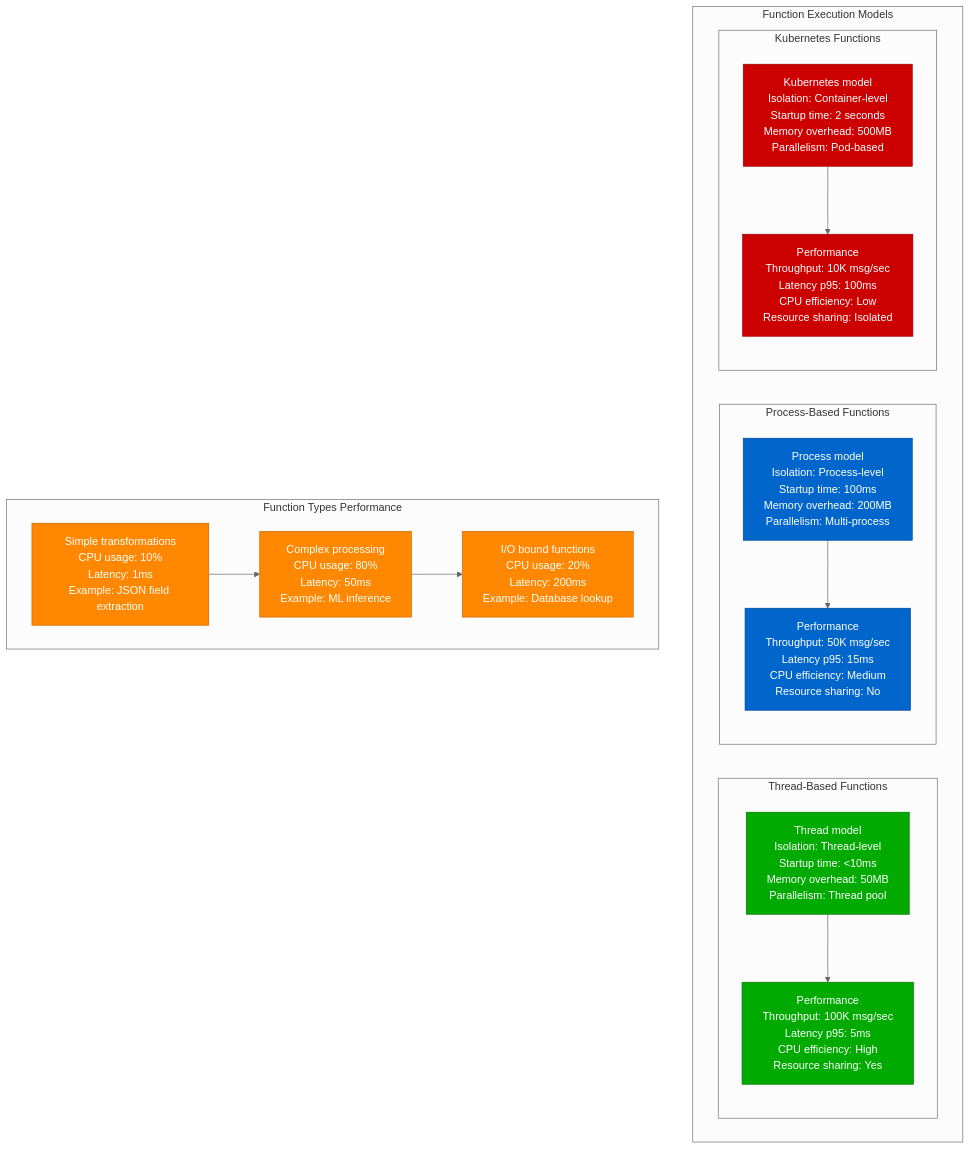
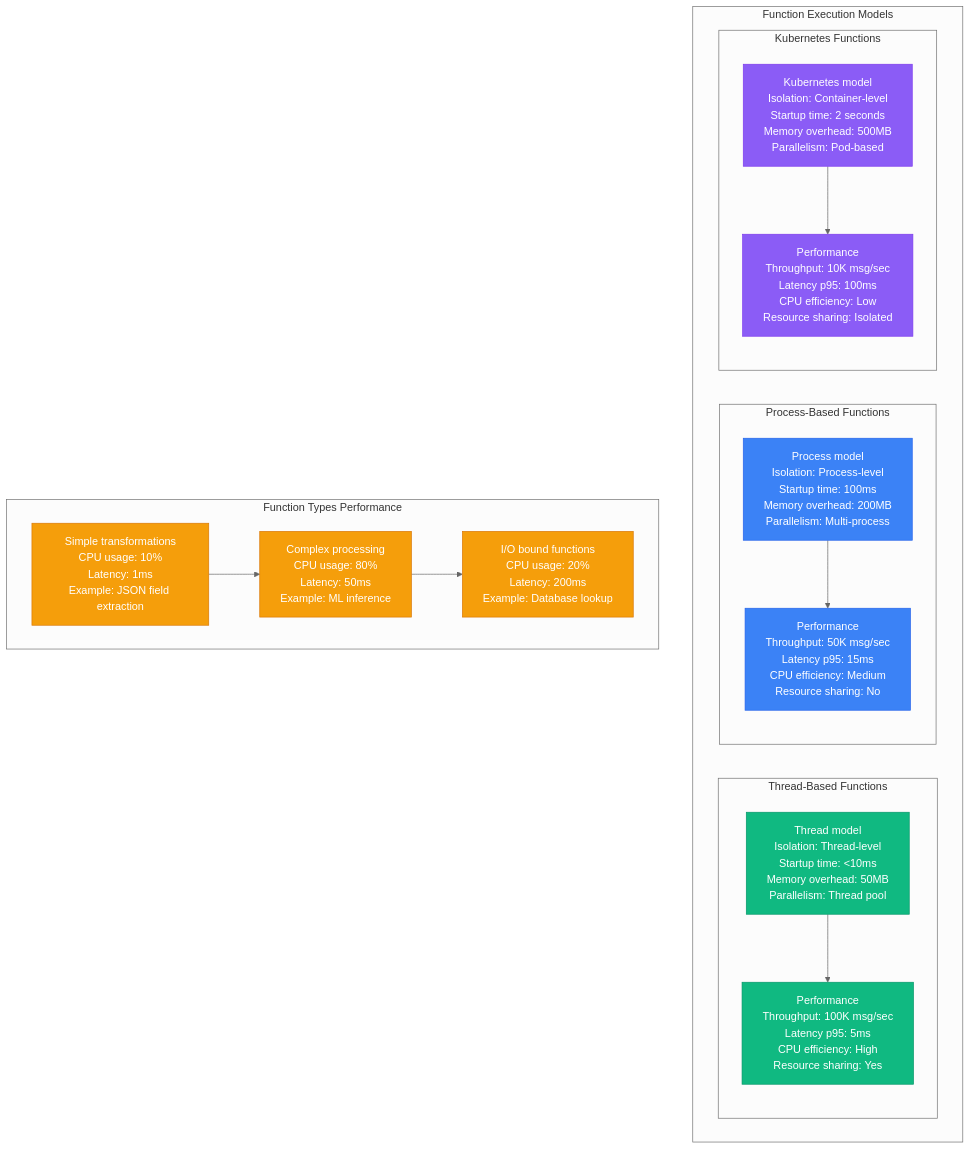
Before and after one commit to deepaucksharma/DS: the fifth of 11 diagrams in site/docs/performance/pulsar-performance-profile.md, drawn with Mermaid (neutral theme). The commit also changed other lines of this file and 303 other files, not shown here.

````diff
--- a/site/docs/performance/pulsar-performance-profile.md
+++ b/site/docs/performance/pulsar-performance-profile.md
@@ -172,48 +172,48 @@
 ```mermaid
 graph TB
     subgraph "Function Execution Models"
         subgraph "Thread-Based Functions"
             THREAD1[Thread model<br/>Isolation: Thread-level<br/>Startup time: <10ms<br/>Memory overhead: 50MB<br/>Parallelism: Thread pool]
 
             THREAD2[Performance<br/>Throughput: 100K msg/sec<br/>Latency p95: 5ms<br/>CPU efficiency: High<br/>Resource sharing: Yes]
 
             THREAD1 --> THREAD2
         end
 
         subgraph "Process-Based Functions"
             PROCESS1[Process model<br/>Isolation: Process-level<br/>Startup time: 100ms<br/>Memory overhead: 200MB<br/>Parallelism: Multi-process]
 
             PROCESS2[Performance<br/>Throughput: 50K msg/sec<br/>Latency p95: 15ms<br/>CPU efficiency: Medium<br/>Resource sharing: No]
 
             PROCESS1 --> PROCESS2
         end
 
         subgraph "Kubernetes Functions"
             K8S1[Kubernetes model<br/>Isolation: Container-level<br/>Startup time: 2 seconds<br/>Memory overhead: 500MB<br/>Parallelism: Pod-based]
 
             K8S2[Performance<br/>Throughput: 10K msg/sec<br/>Latency p95: 100ms<br/>CPU efficiency: Low<br/>Resource sharing: Isolated]
 
             K8S1 --> K8S2
         end
     end
 
     subgraph "Function Types Performance"
         SIMPLE[Simple transformations<br/>CPU usage: 10%<br/>Latency: 1ms<br/>Example: JSON field extraction]
 
         COMPLEX[Complex processing<br/>CPU usage: 80%<br/>Latency: 50ms<br/>Example: ML inference]
 
         IO_BOUND[I/O bound functions<br/>CPU usage: 20%<br/>Latency: 200ms<br/>Example: Database lookup]
 
         SIMPLE --> COMPLEX --> IO_BOUND
     end
 
-    classDef threadStyle fill:#00AA00,stroke:#007700,color:#fff
-    classDef processStyle fill:#0066CC,stroke:#004499,color:#fff
-    classDef k8sStyle fill:#CC0000,stroke:#990000,color:#fff
-    classDef funcStyle fill:#FF8800,stroke:#CC6600,color:#fff
+    classDef threadStyle fill:#10B981,stroke:#059669,color:#fff
+    classDef processStyle fill:#3B82F6,stroke:#2563EB,color:#fff
+    classDef k8sStyle fill:#8B5CF6,stroke:#7C3AED,color:#fff
+    classDef funcStyle fill:#F59E0B,stroke:#D97706,color:#fff
 
     class THREAD1,THREAD2 threadStyle
     class PROCESS1,PROCESS2 processStyle
     class K8S1,K8S2 k8sStyle
     class SIMPLE,COMPLEX,IO_BOUND funcStyle
 ```
````
